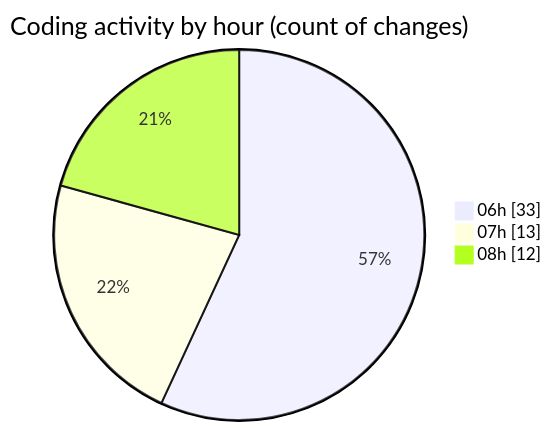
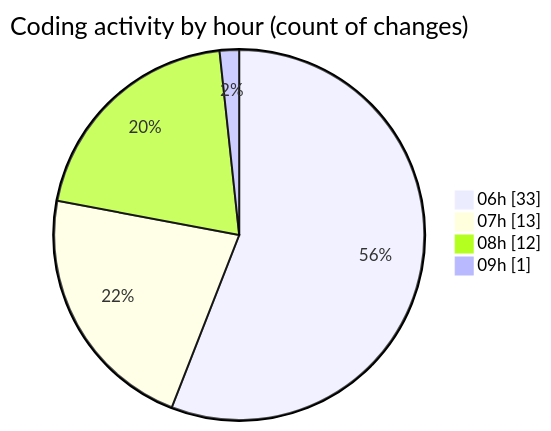
One commit to charlie-sans/code-tracking changed the second of 2 diagrams in 2025-02-21/micros/README.md. Above: the diagram before and after it, drawn with Mermaid. The commit also changed other lines of this file and 1 other file, not shown here.

````diff
--- a/2025-02-21/micros/README.md
+++ b/2025-02-21/micros/README.md
@@ -63,7 +64,8 @@
 ```mermaid
 pie showData
 title Coding activity by hour (count of changes)
 "06h" : 33
 "07h" : 13
 "08h" : 12
+"09h" : 1
 ```
````
